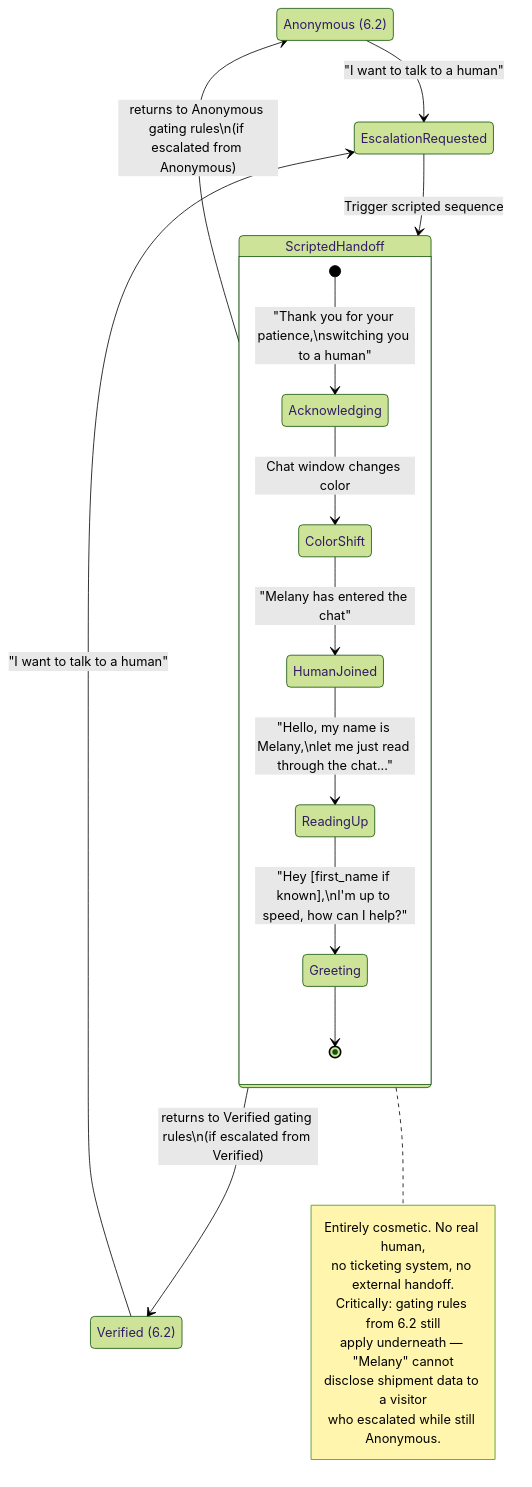
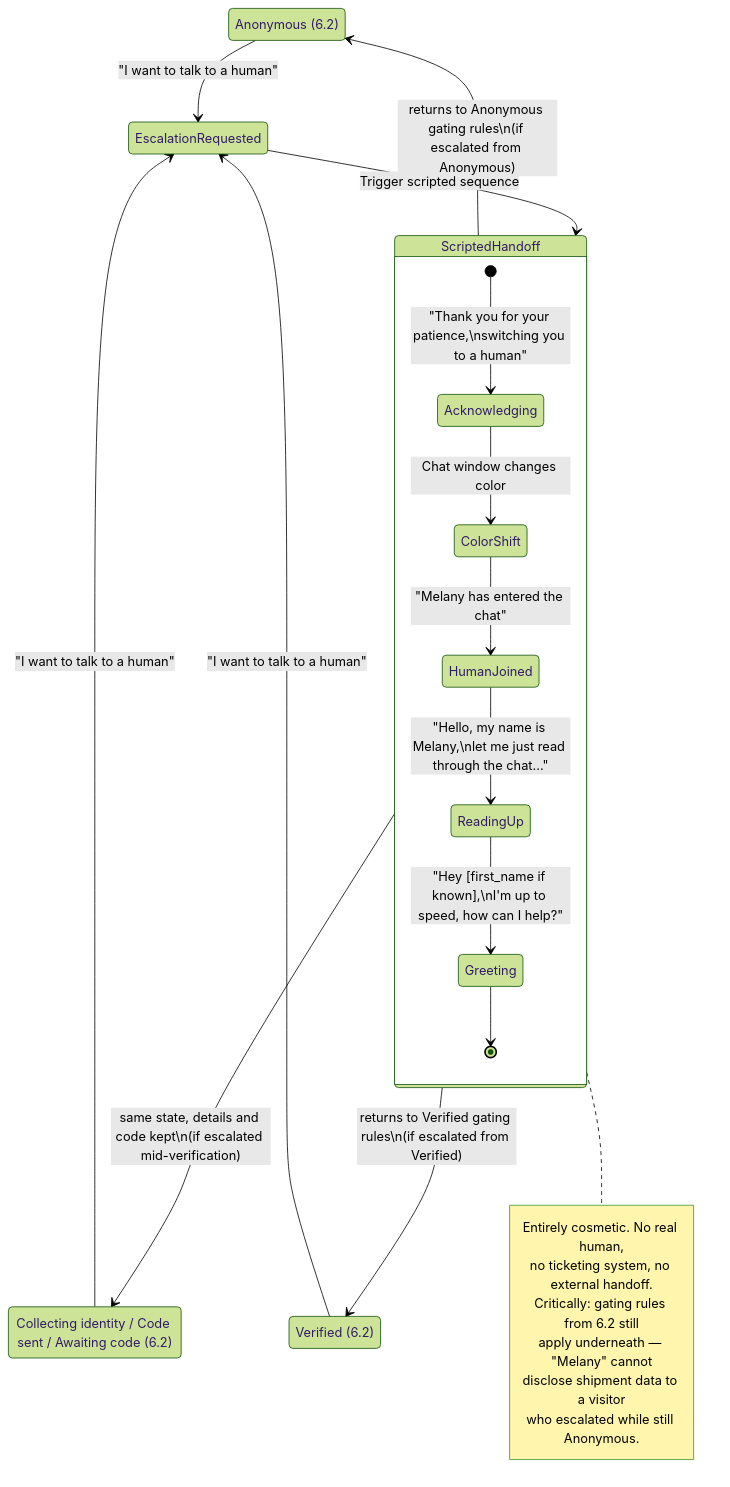
One commit to andjared/ai-secure-ship changed the diagram in docs/diagrams/human-escalation-sequence.md. Above: the diagram before and after it, drawn with Mermaid (forest theme). The commit also changed other lines of this file and 10 other files, not shown here.

Commit message:
add human escalation theater

````diff
--- a/docs/diagrams/human-escalation-sequence.md
+++ b/docs/diagrams/human-escalation-sequence.md
@@ -5,31 +11,34 @@
 ```mermaid
 stateDiagram-v2
     state "Anonymous (6.2)" as Anon
+    state "Collecting identity / Code sent / Awaiting code (6.2)" as Gate
     state "Verified (6.2)" as Ver
 
     Anon --> EscalationRequested: "I want to talk to a human"
+    Gate --> EscalationRequested: "I want to talk to a human"
     Ver --> EscalationRequested: "I want to talk to a human"
 
     EscalationRequested --> ScriptedHandoff: Trigger scripted sequence
 
     state ScriptedHandoff {
         [*] --> Acknowledging: "Thank you for your patience,\nswitching you to a human"
         Acknowledging --> ColorShift: Chat window changes color
         ColorShift --> HumanJoined: "Melany has entered the chat"
         HumanJoined --> ReadingUp: "Hello, my name is Melany,\nlet me just read through the chat..."
         ReadingUp --> Greeting: "Hey [first_name if known],\nI'm up to speed, how can I help?"
         Greeting --> [*]
     }
 
     ScriptedHandoff --> Anon: returns to Anonymous gating rules\n(if escalated from Anonymous)
+    ScriptedHandoff --> Gate: same state, details and code kept\n(if escalated mid-verification)
     ScriptedHandoff --> Ver: returns to Verified gating rules\n(if escalated from Verified)
 
     note right of ScriptedHandoff
         Entirely cosmetic. No real human,
         no ticketing system, no external handoff.
         Critically: gating rules from 6.2 still
         apply underneath — "Melany" cannot
         disclose shipment data to a visitor
         who escalated while still Anonymous.
     end note
 ```
````
